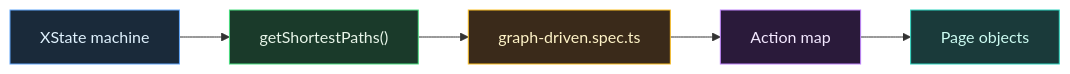
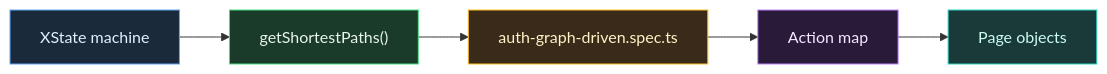
One commit to AlexGrisin/rnd-graph-based-e2e changed the first of 3 diagrams in README.md. Above: the diagram before and after it, drawn with Mermaid. The commit also changed other lines of this file and 8 other files, not shown here.

Commit message:
feat: rename auth graph-driven MBT spec and update related documentation

````diff
--- a/README.md
+++ b/README.md
@@ -14,16 +14,16 @@
 ```mermaid
 flowchart LR
     M["XState machine"]
     G["getShortestPaths()"]
-    S["graph-driven.spec.ts"]
+    S["auth-graph-driven.spec.ts"]
     A["Action map"]
     P["Page objects"]
     M --> G --> S
     S --> A --> P
 
     style M fill:#1a2a3a,stroke:#60a5fa,color:#e0f2fe
     style G fill:#1a3a2a,stroke:#4ade80,color:#e8f5e9
     style S fill:#3a2a1a,stroke:#fbbf24,color:#fef3c7
     style A fill:#2a1a3a,stroke:#c084fc,color:#f3e8ff
     style P fill:#1a3a3a,stroke:#2dd4bf,color:#ccfbf1
 ```
````
